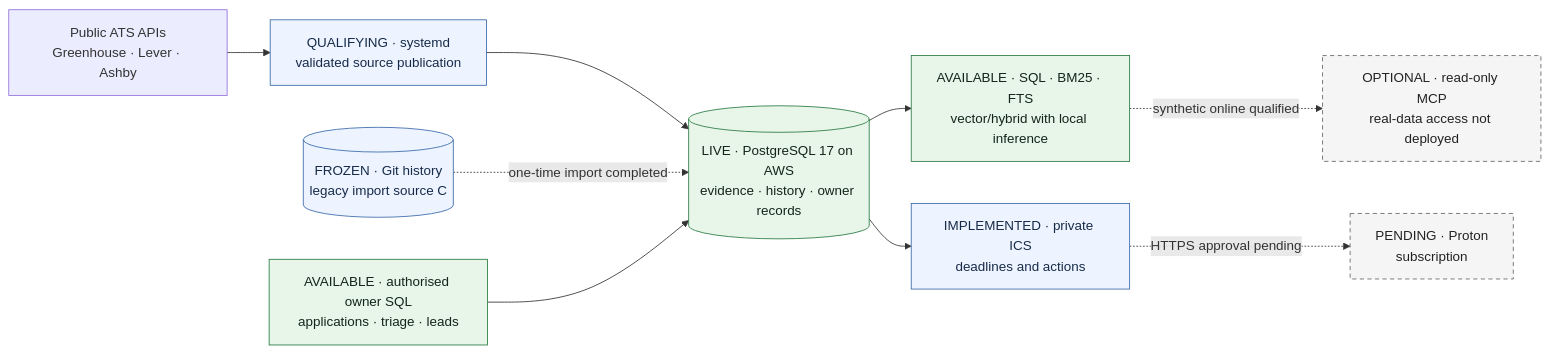
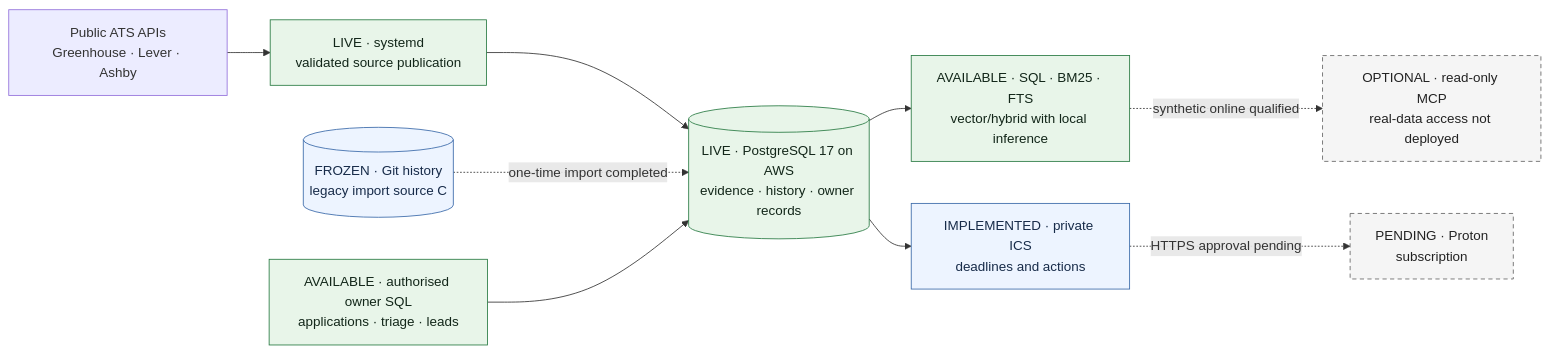
Before and after one commit to keremnv/grad-job-tracker: the diagram in README.md, drawn with Mermaid. The commit also changed other lines of this file and 17 other files, not shown here.

````diff
--- a/README.md
+++ b/README.md
@@ -39,19 +39,19 @@
 ```mermaid
 flowchart LR
     ATS["Public ATS APIs<br/>Greenhouse · Lever · Ashby"]
-    ATS --> PUBLISH["QUALIFYING · systemd<br/>validated source publication"]
+    ATS --> PUBLISH["LIVE · systemd<br/>validated source publication"]
     PUBLISH --> PG[("LIVE · PostgreSQL 17 on AWS<br/>evidence · history · owner records")]
     FILES[("FROZEN · Git history<br/>legacy import source C")] -. "one-time import completed" .-> PG
     OWNER["AVAILABLE · authorised owner SQL<br/>applications · triage · leads"] --> PG
     PG --> RESEARCH["AVAILABLE · SQL · BM25 · FTS<br/>vector/hybrid with local inference"]
     RESEARCH -. "synthetic online qualified" .-> MCP["OPTIONAL · read-only MCP<br/>real-data access not deployed"]
     PG --> ICS["IMPLEMENTED · private ICS<br/>deadlines and actions"]
     ICS -. "HTTPS approval pending" .-> PROTON["PENDING · Proton<br/>subscription"]
 
     classDef live fill:#e8f5e9,stroke:#287a42,color:#122619
     classDef qualified fill:#edf4ff,stroke:#3868a8,color:#172b49
     classDef pending fill:#f5f5f5,stroke:#666,color:#222,stroke-dasharray:5 4
-    class PG,OWNER,RESEARCH live
-    class PUBLISH,FILES,ICS qualified
+    class PG,OWNER,RESEARCH,PUBLISH live
+    class FILES,ICS qualified
     class MCP,PROTON pending
 ```
````
